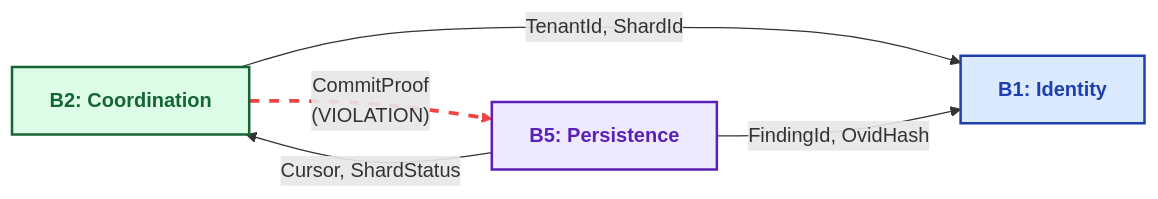
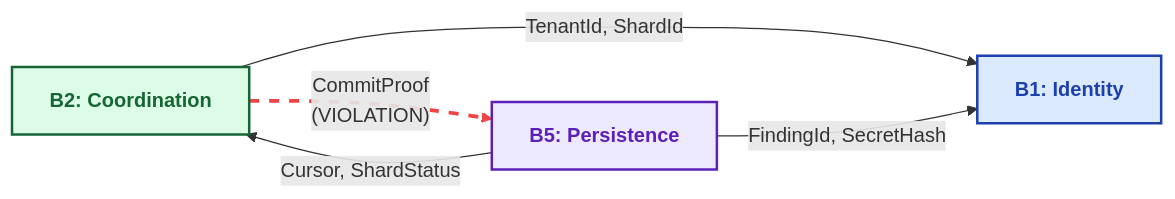
The third of 3 diagrams in diagrams/02-boundary-dependency-graph.md (ahrav/Gossip-rs), drawn with Mermaid before and after one commit. The commit also changed other lines of this file and 10 other files, not shown here.

First line of the commit message:
Remove line numbers from diagram code reference tables

````diff
--- a/diagrams/02-boundary-dependency-graph.md
+++ b/diagrams/02-boundary-dependency-graph.md
@@ -189,19 +190,19 @@
 ```mermaid
 %% Diagram: anti-pattern-cyclic-dependency
 graph LR
     B1["<b>B1: Identity</b>"]
     B2["<b>B2: Coordination</b>"]
     B5["<b>B5: Persistence</b>"]
 
     B2 -->|"TenantId, ShardId"| B1
-    B5 -->|"FindingId, OvidHash"| B1
+    B5 -->|"FindingId, SecretHash"| B1
     B5 -->|"Cursor, ShardStatus"| B2
 
     B2 -. "CommitProof<br/>(VIOLATION)" .-> B5
 
     linkStyle 3 stroke:#EF4444,stroke-width:3px,stroke-dasharray:8
 
     style B1 fill:#DBEAFE,stroke:#1E40AF,stroke-width:2px,color:#1E40AF
     style B2 fill:#DCFCE7,stroke:#166534,stroke-width:2px,color:#166534
     style B5 fill:#EDE9FE,stroke:#5B21B6,stroke-width:2px,color:#5B21B6
 ```
````
